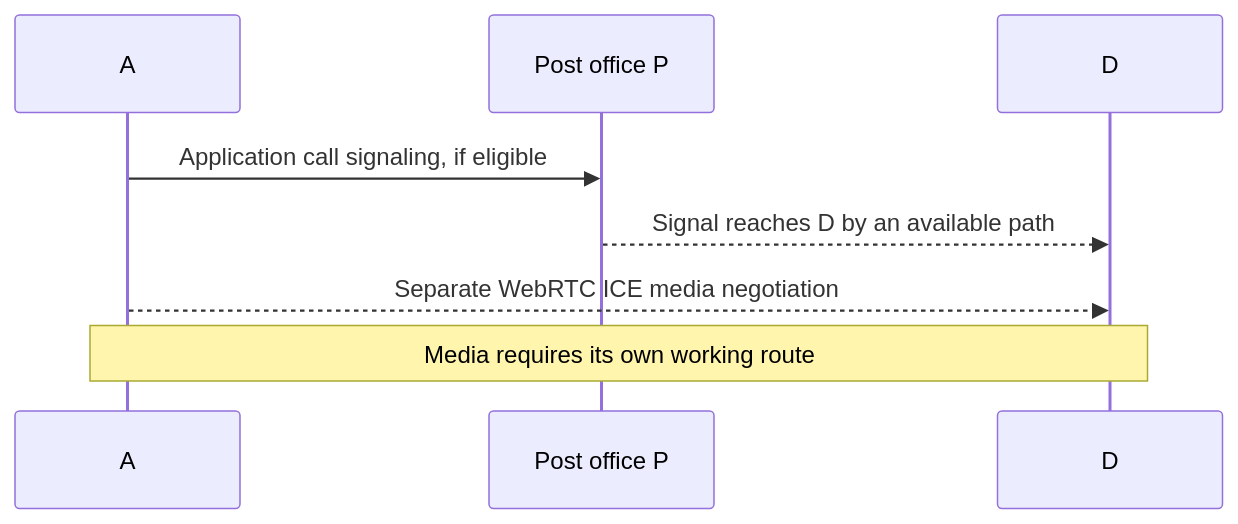
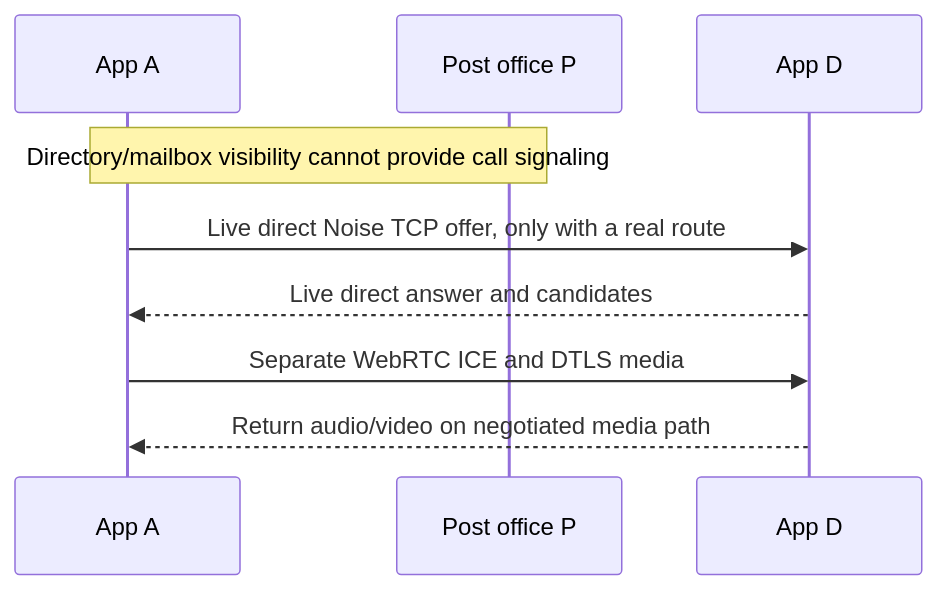
One commit to OctopusGarage/mesh-talk changed diagram 39 of 43 in docs/network-design-reference.md. Above: the diagram before and after it, drawn with Mermaid. The commit also changed other lines of this file and 5 other files, not shown here.

First line of the commit message:
docs(network): establish communication architecture baseline

````diff
--- a/docs/network-design-reference.md
+++ b/docs/network-design-reference.md
@@ -774,10 +985,11 @@
 ```mermaid
 sequenceDiagram
-  participant A as A
+  participant A as App A
   participant P as Post office P
-  participant D as D
-  A->>P: Application call signaling, if eligible
-  P-->>D: Signal reaches D by an available path
-  A-->>D: Separate WebRTC ICE media negotiation
-  Note over A,D: Media requires its own working route
+  participant D as App D
+  Note over A,P: Directory/mailbox visibility cannot provide call signaling
+  A->>D: Live direct Noise TCP offer, only with a real route
+  D-->>A: Live direct answer and candidates
+  A->>D: Separate WebRTC ICE and DTLS media
+  D-->>A: Return audio/video on negotiated media path
 ```
````
